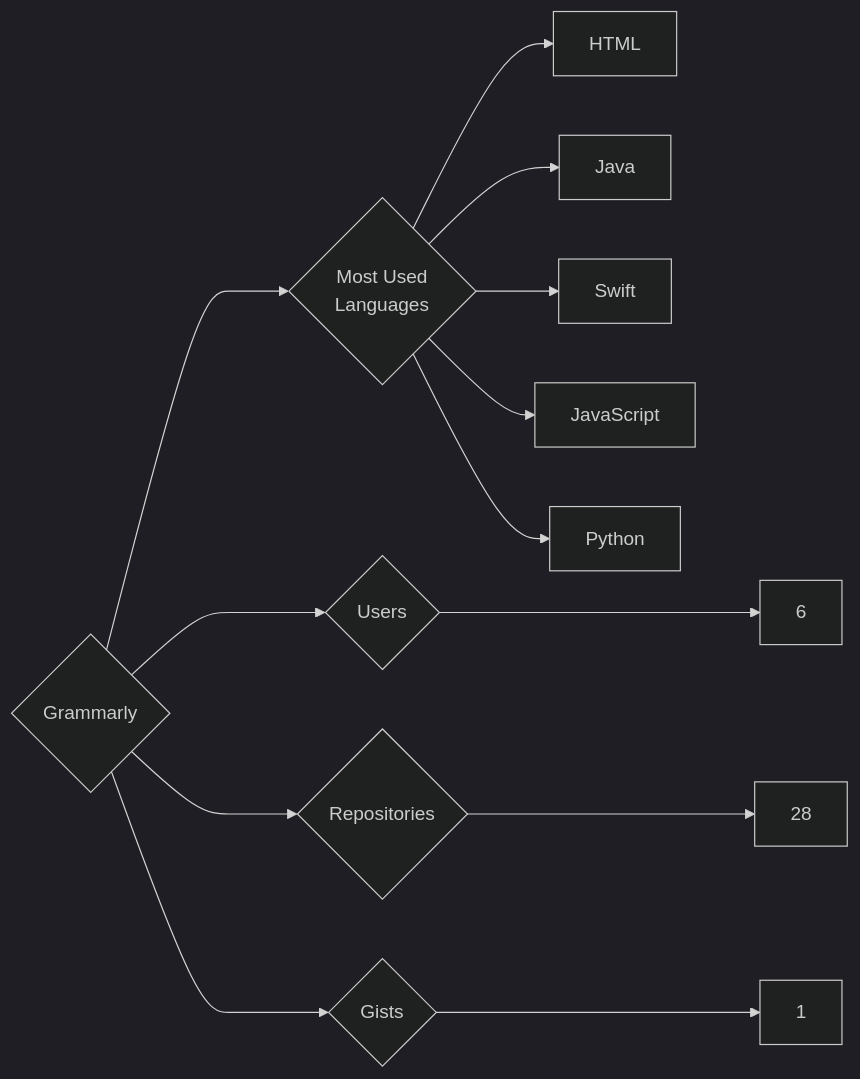
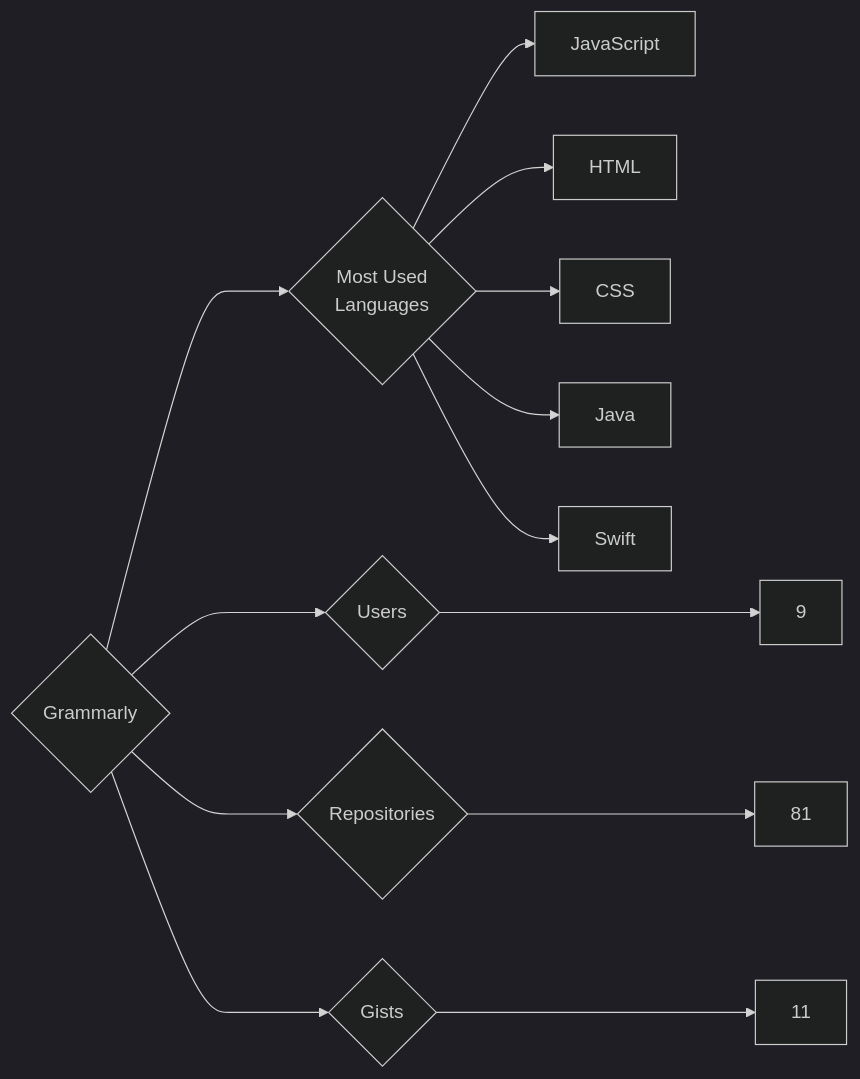
The diagram in targets/Grammarly/README.md (trickest/insiders), drawn with Mermaid (dark theme) before and after one commit. The commit also changed 933 other files, not shown here.

````diff
--- a/targets/Grammarly/README.md
+++ b/targets/Grammarly/README.md
@@ -3,13 +3,13 @@
 ```mermaid
 graph LR
 COMPANY_NAME{Grammarly}
-COMPANY_NAME ---> U{Users} ---> UN[6]
-COMPANY_NAME ---> R{Repositories} ---> RN[28]
-COMPANY_NAME ---> G{Gists} ---> GN[1]
+COMPANY_NAME ---> U{Users} ---> UN[9]
+COMPANY_NAME ---> R{Repositories} ---> RN[81]
+COMPANY_NAME ---> G{Gists} ---> GN[11]
 COMPANY_NAME ---> ML{Most Used<br>Languages}
+ML --> JavaScript[JavaScript]
 ML --> HTML[HTML]
+ML --> CSS[CSS]
 ML --> Java[Java]
 ML --> Swift[Swift]
-ML --> JavaScript[JavaScript]
-ML --> Python[Python]
 ```
````
